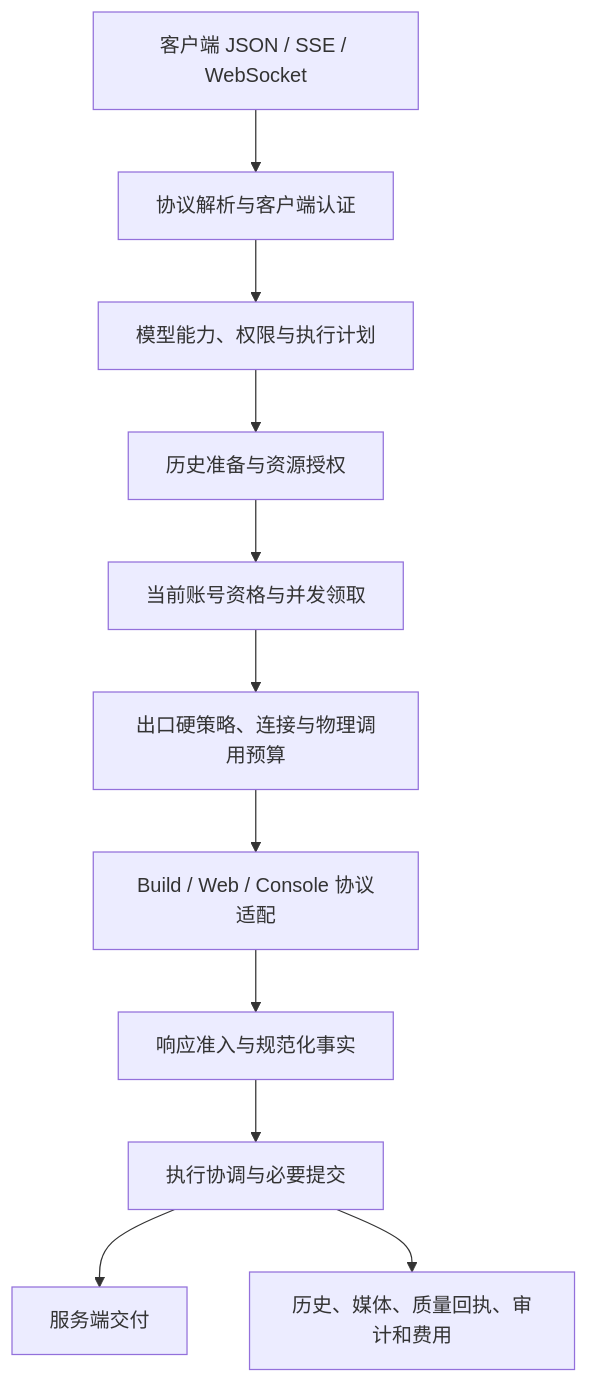
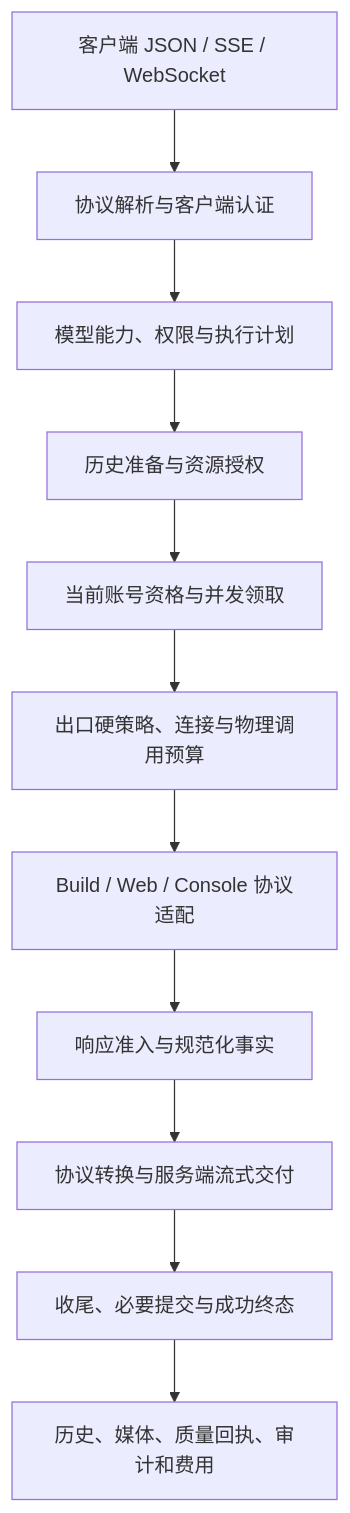
Before and after one commit to gnayhz/grok2api: the diagram in ARCHITECTURE.md, drawn with Mermaid. The commit also changed other lines of this file and 13 other files, not shown here.

````diff
--- a/ARCHITECTURE.md
+++ b/ARCHITECTURE.md
@@ -30,13 +30,13 @@
 ```mermaid
 flowchart TD
     Client[客户端 JSON / SSE / WebSocket] --> API[协议解析与客户端认证]
     API --> Plan[模型能力、权限与执行计划]
     Plan --> History[历史准备与资源授权]
     History --> Select[当前账号资格与并发领取]
     Select --> Network[出口硬策略、连接与物理调用预算]
     Network --> Provider[Build / Web / Console 协议适配]
     Provider --> Admission[响应准入与规范化事实]
-    Admission --> Complete[执行协调与必要提交]
-    Complete --> Deliver[服务端交付]
+    Admission --> Deliver[协议转换与服务端流式交付]
+    Deliver --> Complete[收尾、必要提交与成功终态]
     Complete --> Owners[历史、媒体、质量回执、审计和费用]
 ```
````
